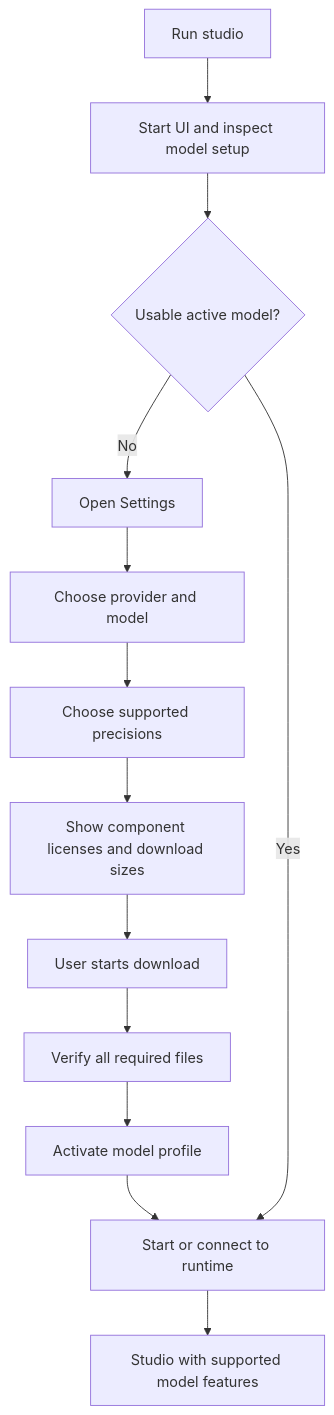
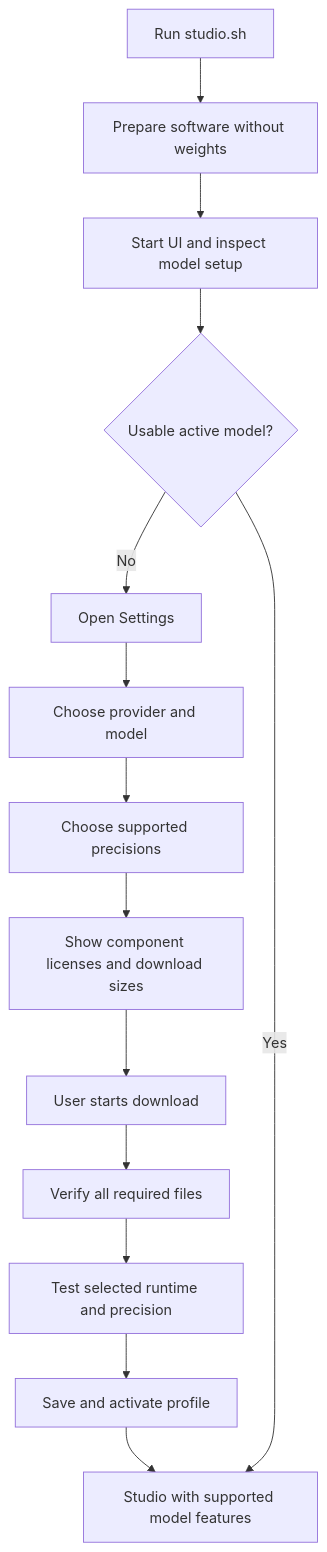
Before and after one commit to NTTLuke/lux-in-music: the diagram in docs/architecture.md, drawn with Mermaid. The commit also changed other lines of this file and 40 other files, not shown here.

Commit message:
Add model Settings, provider profiles and software-only studio bootstrap

````diff
--- a/docs/architecture.md
+++ b/docs/architecture.md
@@ -28,15 +30,16 @@
 ```mermaid
 flowchart TD
-    A[Run studio] --> B[Start UI and inspect model setup]
+    A[Run studio.sh] --> S[Prepare software without weights]
+    S --> B[Start UI and inspect model setup]
     B --> C{Usable active model?}
     C -->|No| D[Open Settings]
     D --> E[Choose provider and model]
     E --> F[Choose supported precisions]
     F --> G[Show component licenses and download sizes]
     G --> H[User starts download]
     H --> I[Verify all required files]
-    I --> J[Activate model profile]
-    J --> K[Start or connect to runtime]
-    C -->|Yes| K
-    K --> L[Studio with supported model features]
+    I --> K[Test selected runtime and precision]
+    K --> J[Save and activate profile]
+    J --> L[Studio with supported model features]
+    C -->|Yes| L
 ```
````
